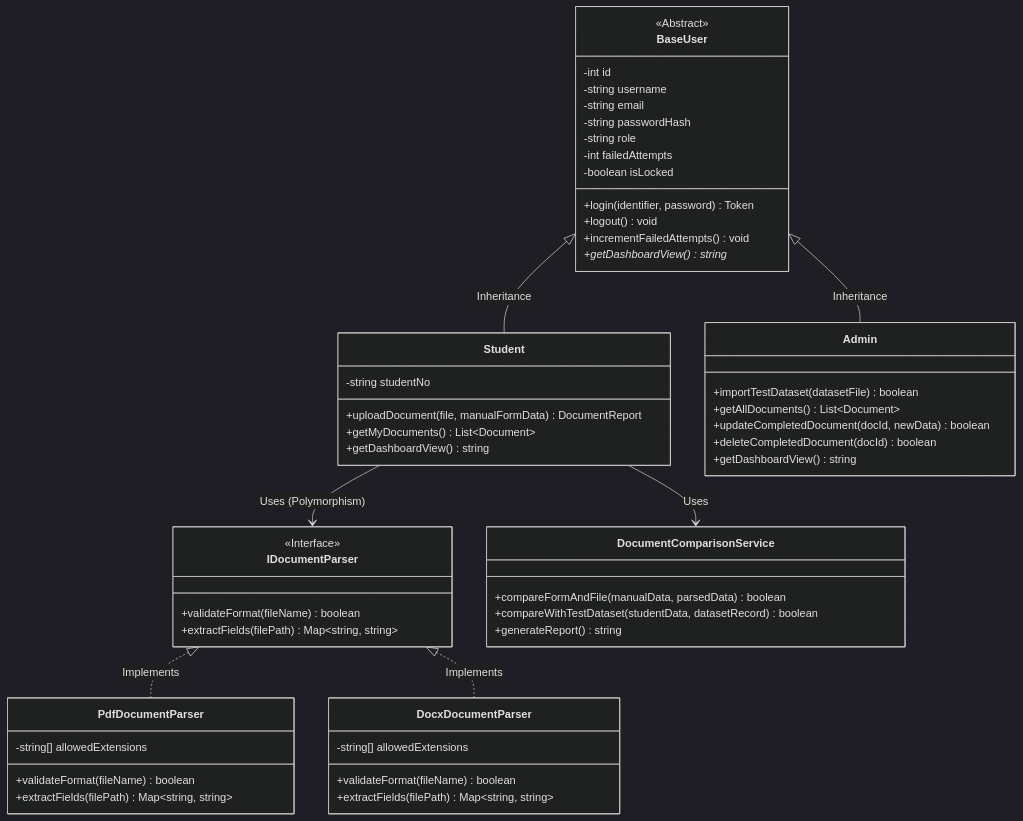
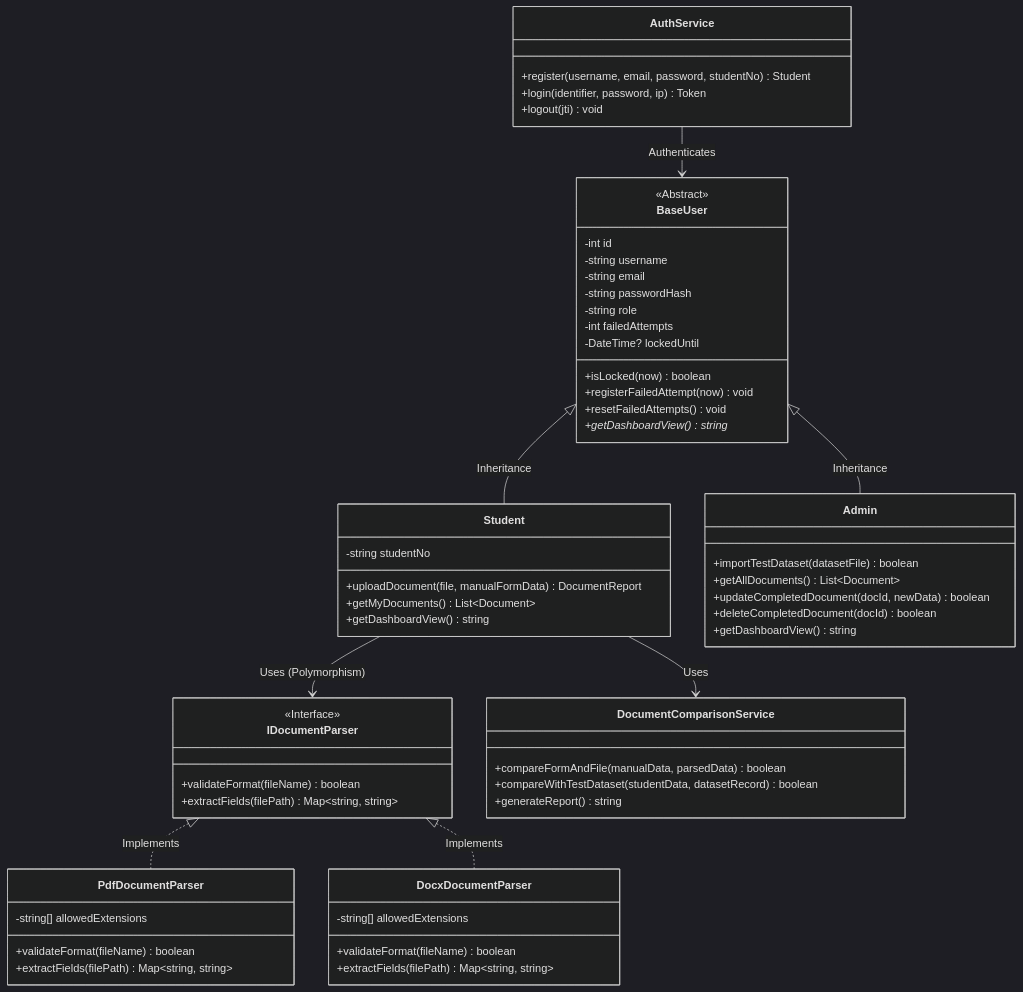
The diagram in docs/02_NYP_CLASS_DIYAGRAMI.md (faruksrcn21-ux/staj-yonetim-sistemi), drawn with Mermaid (dark theme) before and after one commit. The commit also changed 4 other files, not shown here.

````diff
--- a/docs/02_NYP_CLASS_DIYAGRAMI.md
+++ b/docs/02_NYP_CLASS_DIYAGRAMI.md
@@ -15,63 +15,70 @@
 ```mermaid
 classDiagram
     class BaseUser {
         <<Abstract>>
         -int id
         -string username
         -string email
         -string passwordHash
         -string role
         -int failedAttempts
-        -boolean isLocked
-        +login(identifier, password) Token
-        +logout() void
-        +incrementFailedAttempts() void
+        -DateTime? lockedUntil
+        +isLocked(now) boolean
+        +registerFailedAttempt(now) void
+        +resetFailedAttempts() void
         +getDashboardView()* string
+    }
+
+    class AuthService {
+        +register(username, email, password, studentNo) Student
+        +login(identifier, password, ip) Token
+        +logout(jti) void
     }
 
     class Student {
         -string studentNo
         +uploadDocument(file, manualFormData) DocumentReport
         +getMyDocuments() List~Document~
         +getDashboardView() string
     }
 
     class Admin {
         +importTestDataset(datasetFile) boolean
         +getAllDocuments() List~Document~
         +updateCompletedDocument(docId, newData) boolean
         +deleteCompletedDocument(docId) boolean
         +getDashboardView() string
     }
 
     class IDocumentParser {
         <<Interface>>
         +validateFormat(fileName) boolean
         +extractFields(filePath) Map~string, string~
     }
 
     class PdfDocumentParser {
         -string[] allowedExtensions
         +validateFormat(fileName) boolean
         +extractFields(filePath) Map~string, string~
     }
 
     class DocxDocumentParser {
         -string[] allowedExtensions
         +validateFormat(fileName) boolean
         +extractFields(filePath) Map~string, string~
     }
 
     class DocumentComparisonService {
         +compareFormAndFile(manualData, parsedData) boolean
         +compareWithTestDataset(studentData, datasetRecord) boolean
         +generateReport() string
     }
 
     BaseUser <|-- Student : Inheritance
     BaseUser <|-- Admin : Inheritance
+    AuthService --> BaseUser : Authenticates
     IDocumentParser <|.. PdfDocumentParser : Implements
     IDocumentParser <|.. DocxDocumentParser : Implements
     Student --> IDocumentParser : Uses (Polymorphism)
     Student --> DocumentComparisonService : Uses
 ```
````
